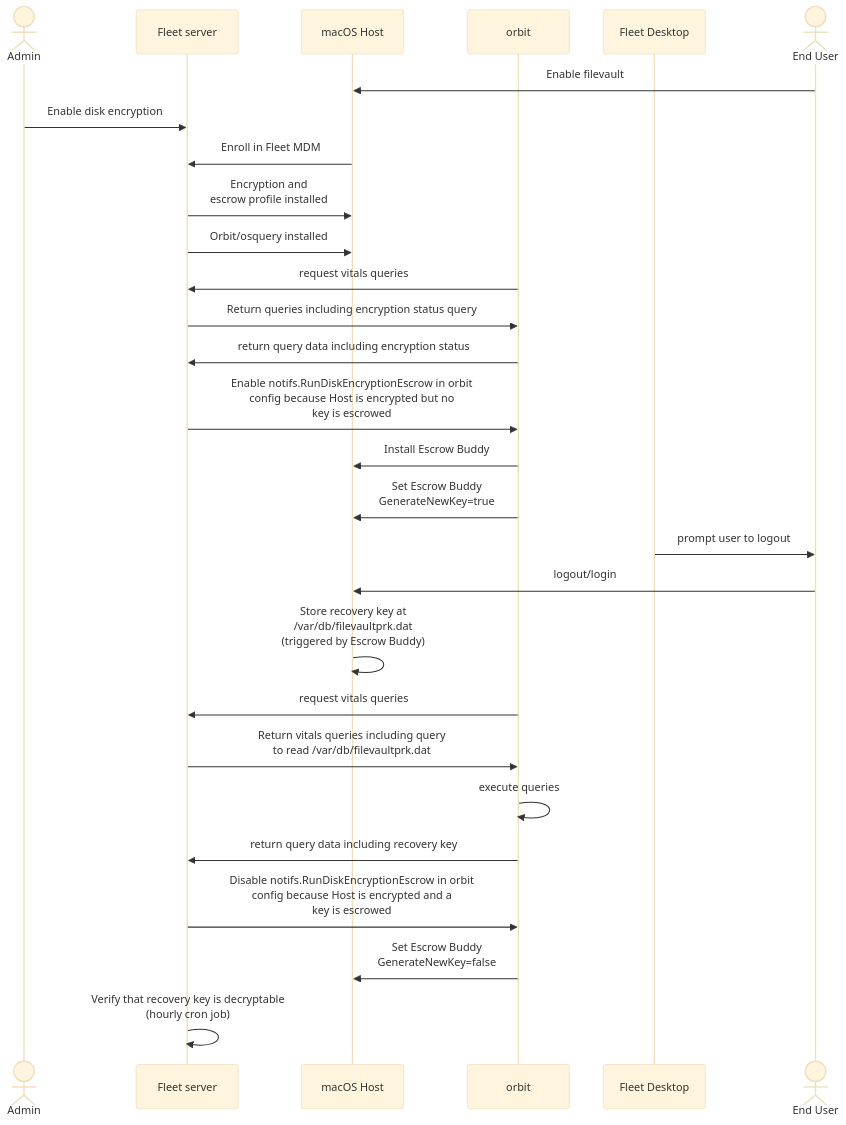
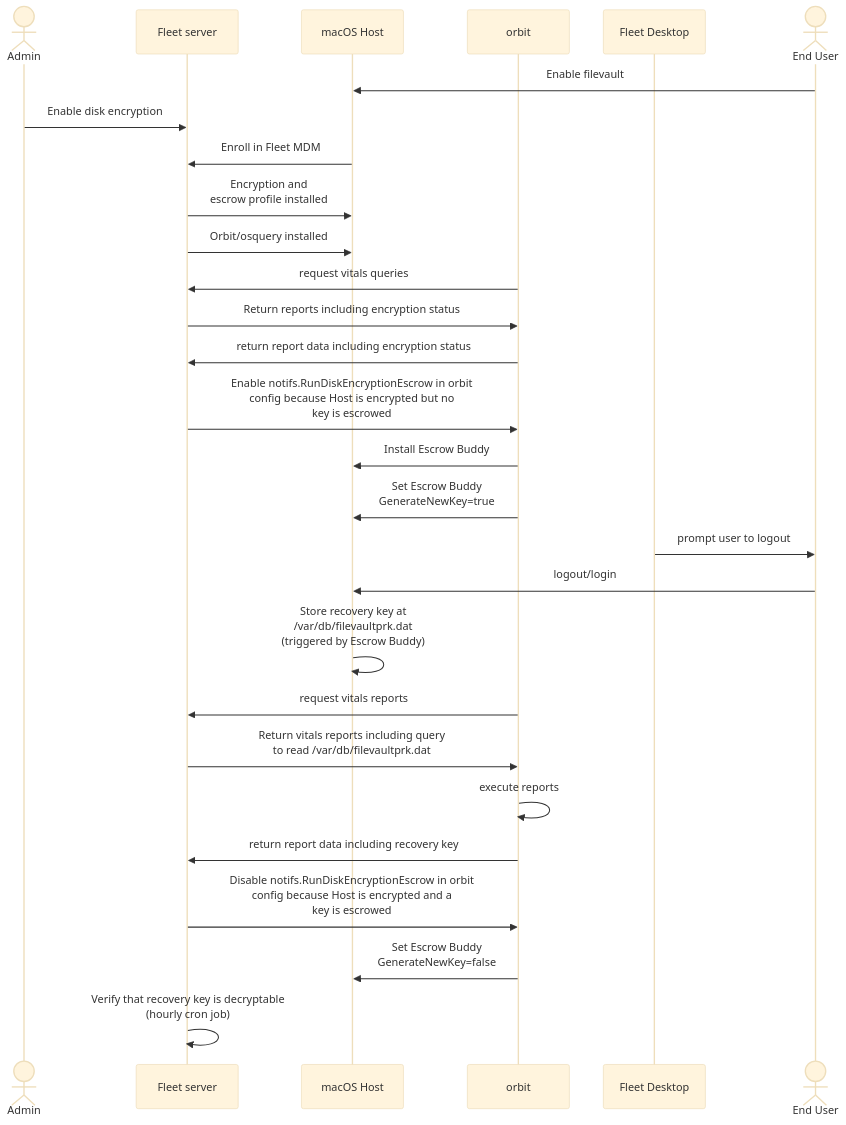
Before and after one commit to fleetdm/fleet: the second of 4 diagrams in docs/Contributing/architecture/mdm/disk-encryption.md, drawn with Mermaid (base theme). The commit also changed other lines of this file and 66 other files, not shown here.

````diff
--- a/docs/Contributing/architecture/mdm/disk-encryption.md
+++ b/docs/Contributing/architecture/mdm/disk-encryption.md
@@ -69,30 +69,30 @@
 ```mermaid
 sequenceDiagram
         actor Admin
         participant fleet as Fleet server
         participant host as macOS Host
         participant fleetd as orbit
         participant desktop as Fleet Desktop
         actor user as End User
         user->>host: Enable filevault
         Admin->>fleet: Enable disk encryption
         host->>fleet: Enroll in Fleet MDM
         fleet->>host: Encryption and<br>escrow profile installed
         fleet->>host: Orbit/osquery installed
         fleetd->>fleet: request vitals queries
-        fleet->>fleetd: Return queries including encryption status query
-        fleetd->>fleet: return query data including encryption status
+        fleet->>fleetd: Return reports including encryption status
+        fleetd->>fleet: return report data including encryption status
         fleet->>fleetd: Enable notifs.RunDiskEncryptionEscrow in orbit<br>config because Host is encrypted but no<br>key is escrowed
         fleetd->>host: Install Escrow Buddy
         fleetd->>host: Set Escrow Buddy<br>GenerateNewKey=true
         desktop->>user: prompt user to logout
         user->>host: logout/login
         host->>host: Store recovery key at <br>/var/db/filevaultprk.dat<br>(triggered by Escrow Buddy)
-        fleetd->>fleet: request vitals queries
-        fleet->>fleetd: Return vitals queries including query<br>to read /var/db/filevaultprk.dat
-        fleetd->>fleetd: execute queries
-        fleetd->>fleet: return query data including recovery key
+        fleetd->>fleet: request vitals reports
+        fleet->>fleetd: Return vitals reports including query<br>to read /var/db/filevaultprk.dat
+        fleetd->>fleetd: execute reports
+        fleetd->>fleet: return report data including recovery key
         fleet->>fleetd: Disable notifs.RunDiskEncryptionEscrow in orbit<br>config because Host is encrypted and a<br>key is escrowed
         fleetd->>host: Set Escrow Buddy<br>GenerateNewKey=false
         fleet->>fleet: Verify that recovery key is decryptable<br>(hourly cron job)
 ```
````
